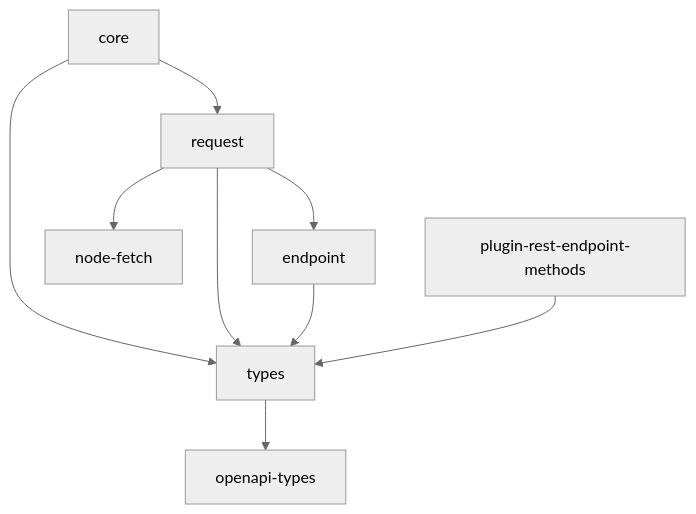
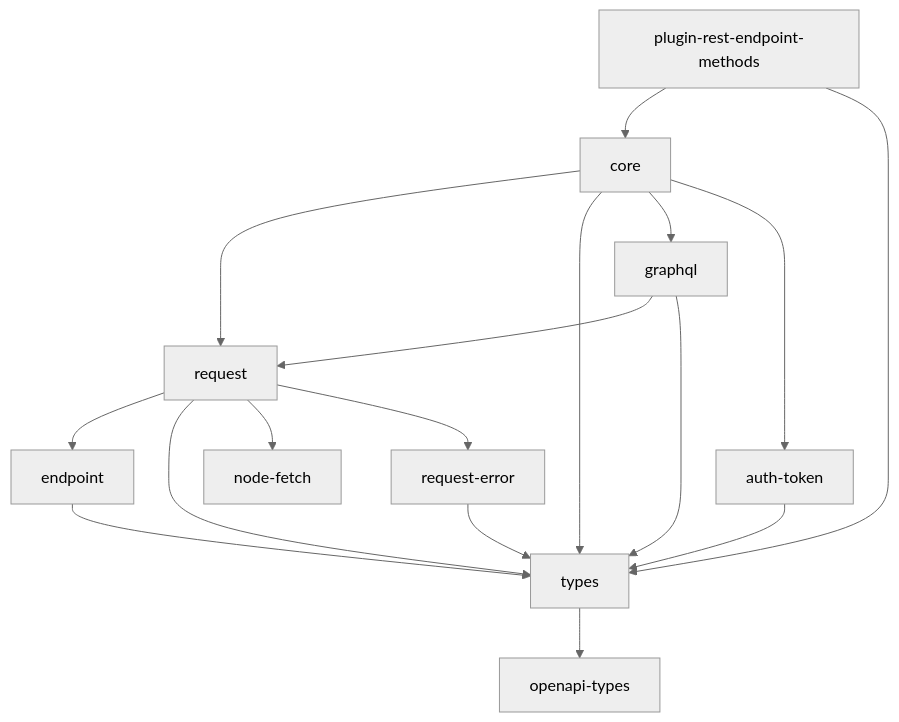
The diagram in src/libs/octokit/README.md (lhwdev-org/sign-system), drawn with Mermaid (neutral theme) before and after one commit. The commit also changed 3 other files, not shown here.

````diff
--- a/src/libs/octokit/README.md
+++ b/src/libs/octokit/README.md
@@ -10,12 +10,26 @@
 ```mermaid
 graph TD;
   core --> request;
   core --> types;
+  core --> graphql;
+  core --> auth-token;
+
+  graphql --> request;
+  graphql --> types;
+
+  auth-token --> types;
+
   request --> endpoint;
   request --> types;
   request --> node-fetch;
+  request --> request-error;
+
+  request-error --> types;
+
   types --> openapi-types;
+
   endpoint --> types;
 
+  plugin-rest-endpoint-methods --> core;
   plugin-rest-endpoint-methods --> types;
 ```
````
